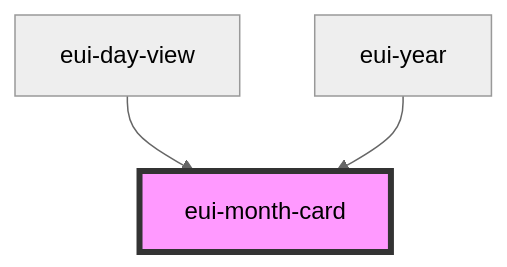
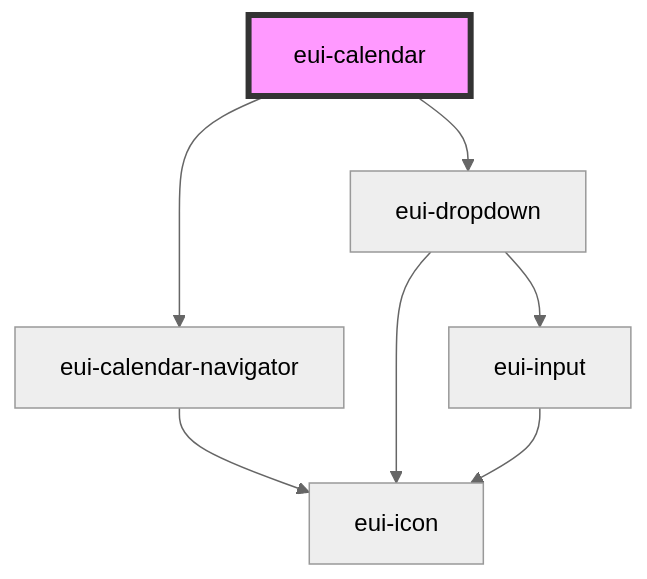
Before and after one commit to pnd-amirhosein/U_and_I: the diagram in ensemble-ui/src/components/calendars/readme.md, drawn with Mermaid (neutral theme). The commit also changed other lines of this file and 12 other files, not shown here.

````diff
--- a/ensemble-ui/src/components/calendars/readme.md
+++ b/ensemble-ui/src/components/calendars/readme.md
@@ -35,6 +33,10 @@
 ```mermaid
 graph TD;
-  eui-day-view --> eui-month-card
-  eui-year --> eui-month-card
-  style eui-month-card fill:#f9f,stroke:#333,stroke-width:4px
+  eui-calendar --> eui-calendar-navigator
+  eui-calendar --> eui-dropdown
+  eui-calendar-navigator --> eui-icon
+  eui-dropdown --> eui-icon
+  eui-dropdown --> eui-input
+  eui-input --> eui-icon
+  style eui-calendar fill:#f9f,stroke:#333,stroke-width:4px
 ```
````
